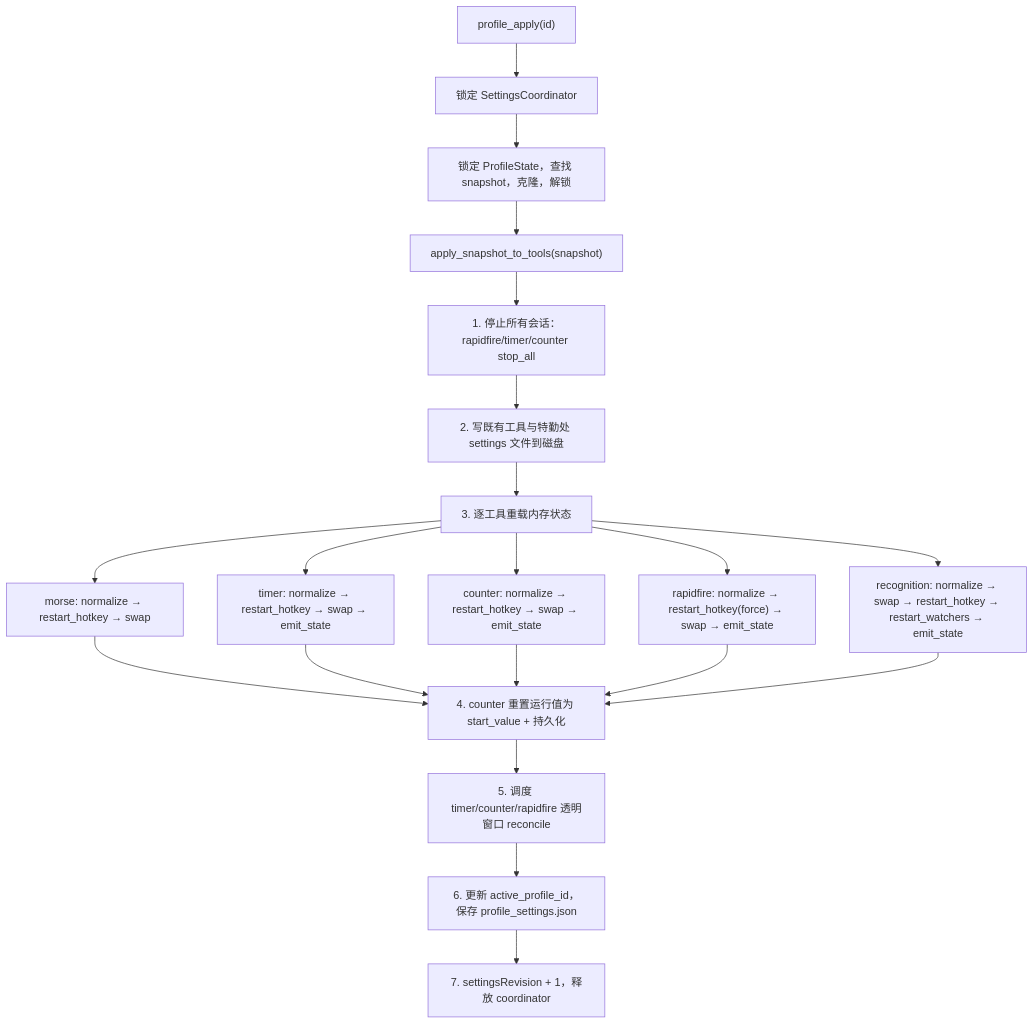
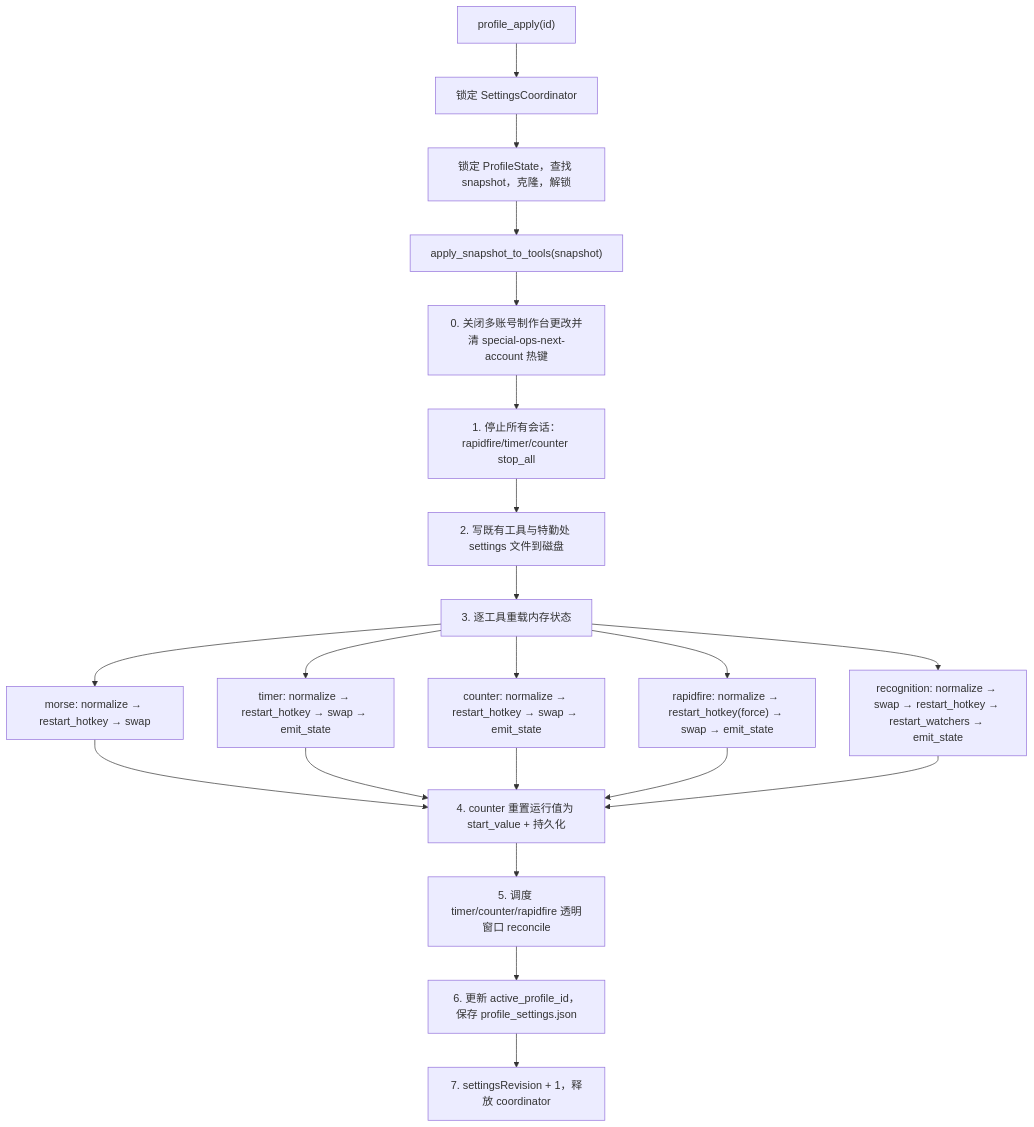
The first of 2 diagrams in droid-wiki/systems/profile-system.md (IZRINO/delta-auto-tools), drawn with Mermaid before and after one commit. The commit also changed other lines of this file and 107 other files, not shown here.

````diff
--- a/droid-wiki/systems/profile-system.md
+++ b/droid-wiki/systems/profile-system.md
@@ -55,18 +55,19 @@
 ```mermaid
 flowchart TD
     A["profile_apply(id)"] --> L["锁定 SettingsCoordinator"]
     L --> B["锁定 ProfileState，查找 snapshot，克隆，解锁"]
     B --> C["apply_snapshot_to_tools(snapshot)"]
-    C --> D["1. 停止所有会话：rapidfire/timer/counter stop_all"]
+    C --> W["0. 关闭多账号制作台更改并清 special-ops-next-account 热键"]
+    W --> D["1. 停止所有会话：rapidfire/timer/counter stop_all"]
     D --> E["2. 写既有工具与特勤处 settings 文件到磁盘"]
     E --> F["3. 逐工具重载内存状态"]
     F --> F1["morse: normalize → restart_hotkey → swap"]
     F --> F2["timer: normalize → restart_hotkey → swap → emit_state"]
     F --> F3["counter: normalize → restart_hotkey → swap → emit_state"]
     F --> F4["rapidfire: normalize → restart_hotkey(force) → swap → emit_state"]
     F --> F5["recognition: normalize → swap → restart_hotkey → restart_watchers → emit_state"]
     F1 & F2 & F3 & F4 & F5 --> G["4. counter 重置运行值为 start_value + 持久化"]
     G --> H["5. 调度 timer/counter/rapidfire 透明窗口 reconcile"]
     H --> I["6. 更新 active_profile_id，保存 profile_settings.json"]
     I --> J["7. settingsRevision + 1，释放 coordinator"]
 ```
````
